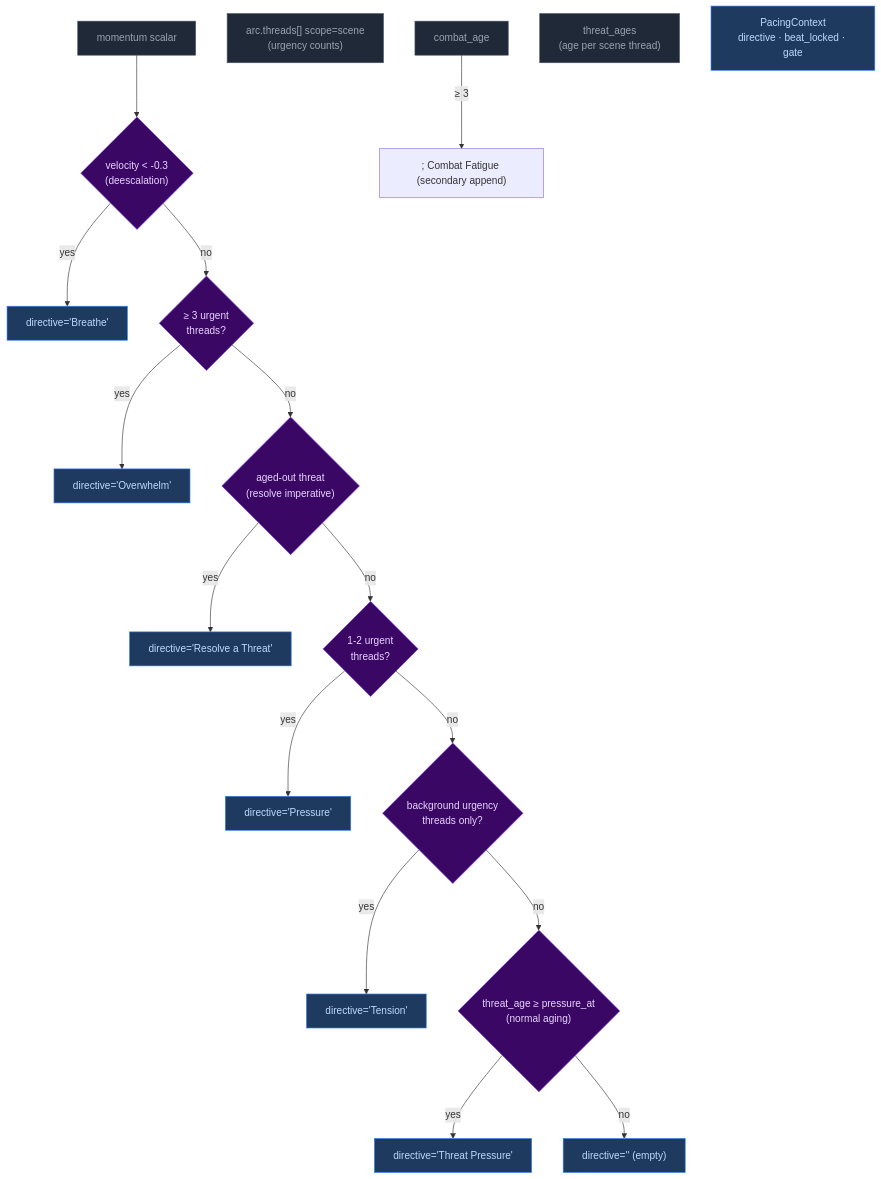
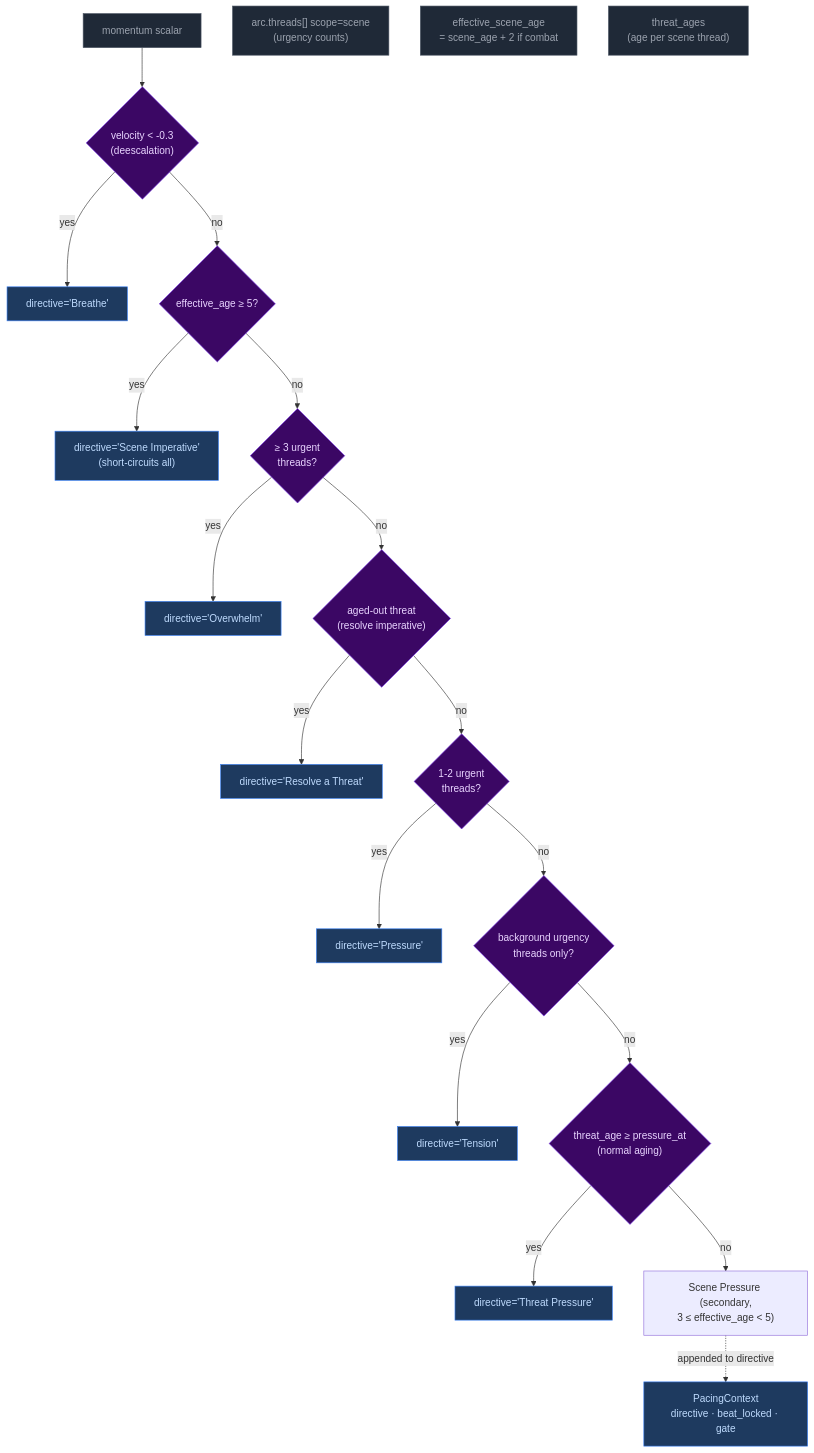
The first of 2 diagrams in docs/architecture/pacing-context.md (pww217/fablethread), drawn with Mermaid before and after one commit. The commit also changed other lines of this file and 6 other files, not shown here.

````diff
--- a/docs/architecture/pacing-context.md
+++ b/docs/architecture/pacing-context.md
@@ -21,29 +21,33 @@
 ```mermaid
 flowchart TD
     classDef pyNode fill:#1f2937,color:#9ca3af,stroke:#4b5563
     classDef decision fill:#3b0764,color:#e9d5ff,stroke:#7c3aed
     classDef output fill:#1e3a5f,color:#bfdbfe,stroke:#3b82f6
 
     M["momentum scalar"]:::pyNode
     T["arc.threads[] scope=scene<br>(urgency counts)"]:::pyNode
-    CA["combat_age"]:::pyNode
+    SA["effective_scene_age<br>= scene_age + 2 if combat"]:::pyNode
     TA["threat_ages<br>(age per scene thread)"]:::pyNode
 
     M --> D1{"velocity < -0.3<br>(deescalation)"}:::decision
     D1 -- yes --> B1["directive='Breathe'"]:::output
-    D1 -- no --> D2{"≥ 3 urgent<br>threads?"}:::decision
-    D2 -- yes --> B2["directive='Overwhelm'"]:::output
-    D2 -- no --> D3{"aged-out threat<br>(resolve imperative)"}:::decision
-    D3 -- yes --> B3["directive='Resolve a Threat'"]:::output
-    D3 -- no --> D4{"1-2 urgent<br>threads?"}:::decision
-    D4 -- yes --> B4["directive='Pressure'"]:::output
-    D4 -- no --> D5{"background urgency<br>threads only?"}:::decision
-    D5 -- yes --> B5["directive='Tension'"]:::output
-    D5 -- no --> D6{"threat_age ≥ pressure_at<br>(normal aging)"}:::decision
-    D6 -- yes --> B6["directive='Threat Pressure'"]:::output
-    D6 -- no --> B7["directive='' (empty)"]:::output
-
-    CA -- "≥ 3" --> SEC["; Combat Fatigue (secondary append)"]
+    D1 -- no --> D2{"effective_age ≥ 5?"}:::decision
+    D2 -- yes --> B2["directive='Scene Imperative'<br>(short-circuits all)"]:::output
+    D2 -- no --> D3{"≥ 3 urgent<br>threads?"}:::decision
+    D3 -- yes --> B3["directive='Overwhelm'"]:::output
+    D3 -- no --> D4{"aged-out threat<br>(resolve imperative)"}:::decision
+    D4 -- yes --> B4["directive='Resolve a Threat'"]:::output
+    D4 -- no --> D5{"1-2 urgent<br>threads?"}:::decision
+    D5 -- yes --> B5["directive='Pressure'"]:::output
+    D5 -- no --> D6{"background urgency<br>threads only?"}:::decision
+    D6 -- yes --> B6["directive='Tension'"]:::output
+    D6 -- no --> D7{"threat_age ≥ pressure_at<br>(normal aging)"}:::decision
+    D7 -- yes --> B7["directive='Threat Pressure'"]:::output
+    D7 -- no --> SEC2["Scene Pressure (secondary,<br>3 ≤ effective_age < 5)"]
 
     FINAL["PacingContext<br>directive · beat_locked · gate"]:::output
+
+    SEC2 -. "appended to directive" .-> FINAL
+
+    style B2 fill:#1e3a5f,color:#bfdbfe,stroke:#3b82f6
 ```
````
